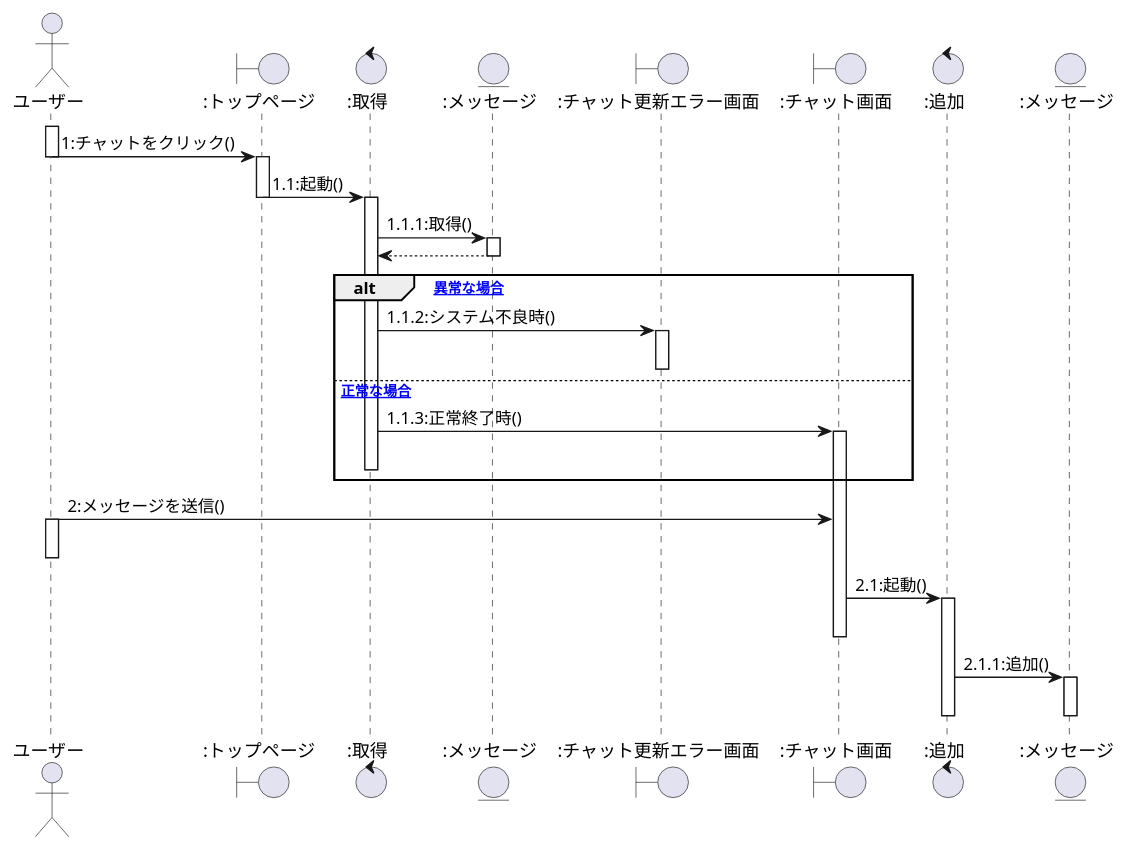
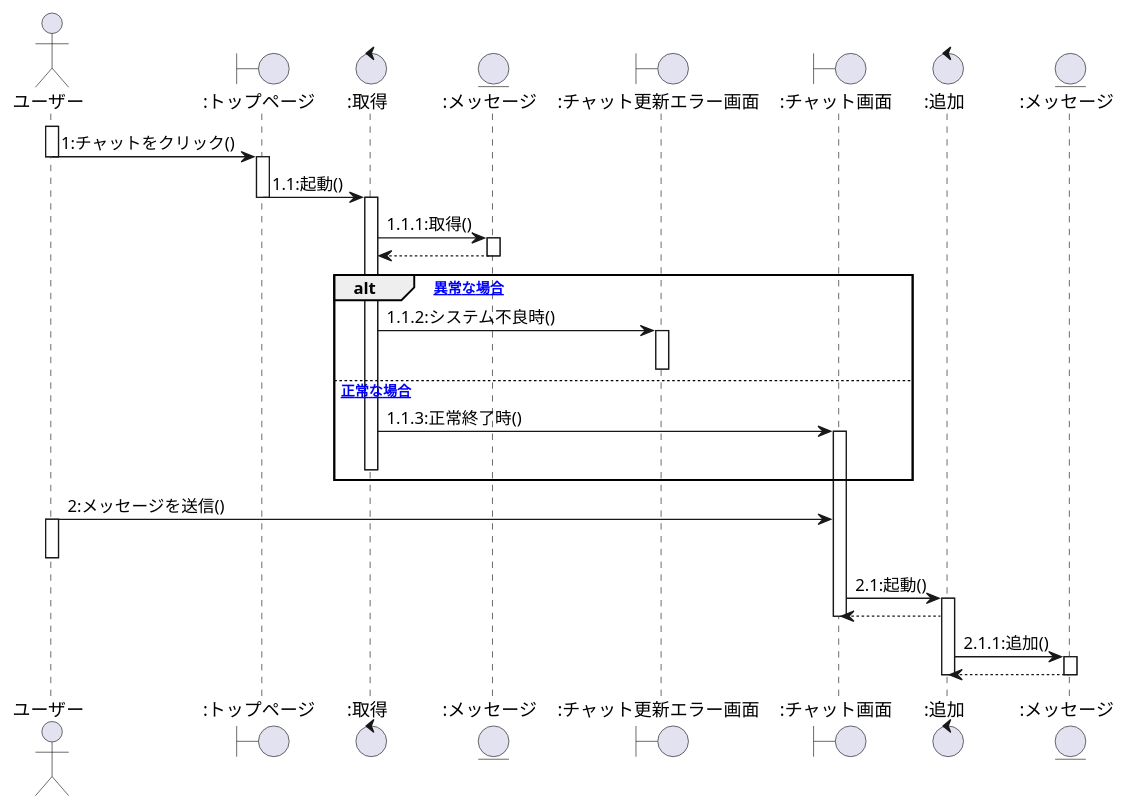
One commit to ksw2270227/GroupF changed the sixth of 8 diagrams in user2_sequence.plantuml. Above: the diagram before and after it, drawn with PlantUML. The commit also changed other lines of this file and 1 other file, not shown here.

```diff
--- a/user2_sequence.plantuml
+++ b/user2_sequence.plantuml
@@ -166,42 +166,44 @@
 @startuml システム管理者チャットシーケンス図
 actor ユーザー as 0
 boundary ":トップページ" as a
 control ":取得" as b
 entity ":メッセージ" as c
 boundary ":チャット更新エラー画面" as d
 boundary ":チャット画面" as e
 control ":追加" as f
 entity ":メッセージ" as g
 
 activate 0
     0 -> a:1:チャットをクリック()
     deactivate 0
     activate a
     a -> b:1.1:起動()
     deactivate a
     activate b
     b -> c:1.1.1:取得()
     activate c
     c --> b
     deactivate c
     alt [異常な場合]
     b -> d:1.1.2:システム不良時()
     activate d
     deactivate d
     else [正常な場合]
     b -> e:1.1.3:正常終了時()
     activate e
     deactivate b
     end
     0 -> e:2:メッセージを送信()
     activate 0
     deactivate 0
     e -> f:2.1:起動()
     activate f
+    f --> e
     deactivate e
     f -> g:2.1.1:追加()
     activate g
+    g --> f
     deactivate f
     deactivate g
     
 @enduml
```
